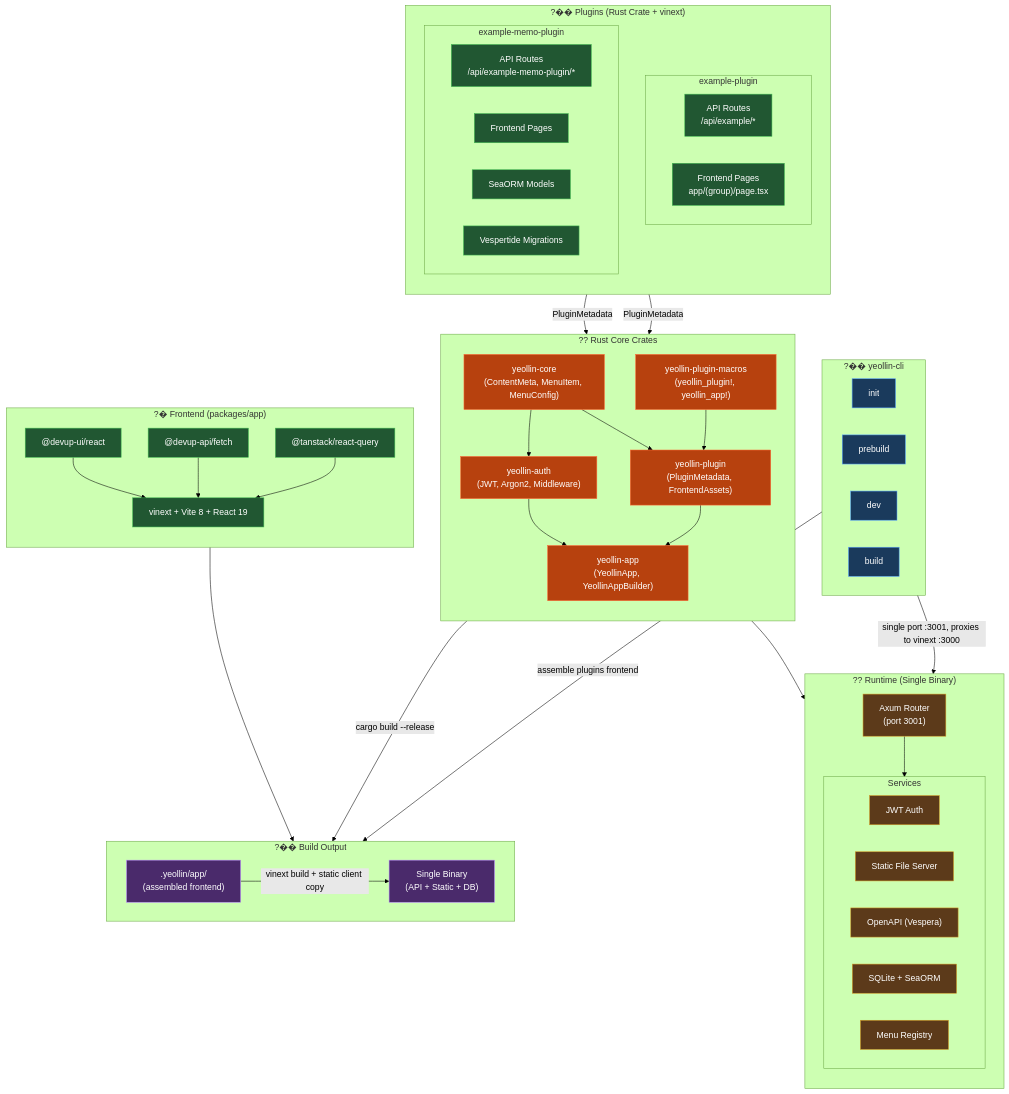
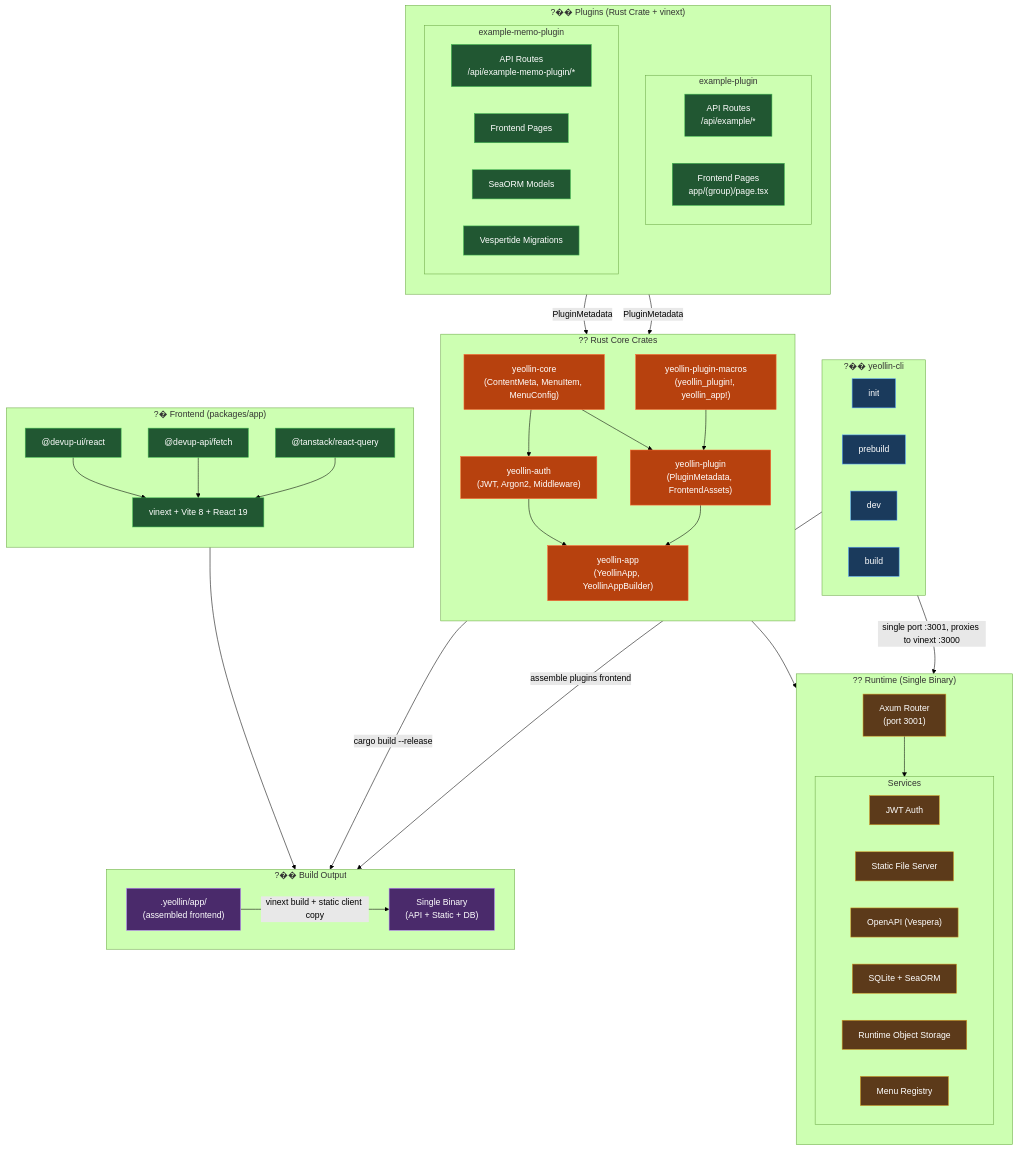
Before and after one commit to dev-five-git/yeollin-cms: the diagram in docs/architecture.md, drawn with Mermaid (forest theme). The commit also changed other lines of this file and 5 other files, not shown here.

````diff
--- a/docs/architecture.md
+++ b/docs/architecture.md
@@ -54,6 +54,7 @@
             staticS["Static File Server"]
             openapiS["OpenAPI (Vespera)"]
             dbS["SQLite + SeaORM"]
+            storageS["Runtime Object Storage"]
             menuS["Menu Registry"]
         end
     end
@@ -103,5 +104,5 @@
     class vinext,devupui,devupapi,rq node
     class init,prebuild,dev,build cli
     class dotYeollin,binary output
-    class axum,jwtS,staticS,openapiS,dbS,menuS runtime
+    class axum,jwtS,staticS,openapiS,dbS,storageS,menuS runtime
 ```
````
